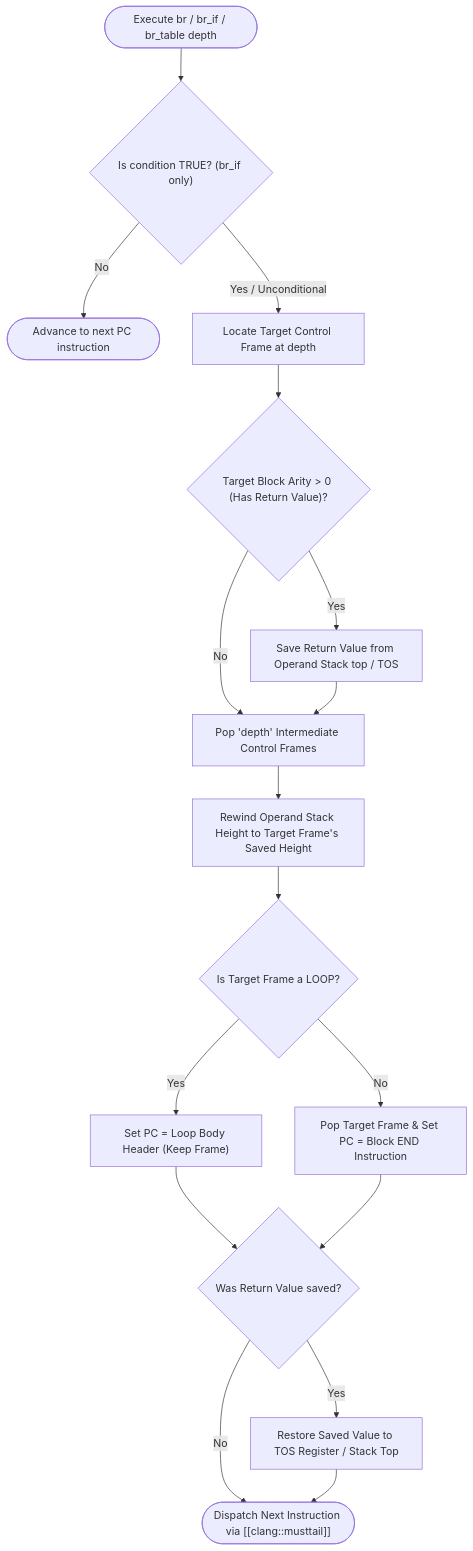
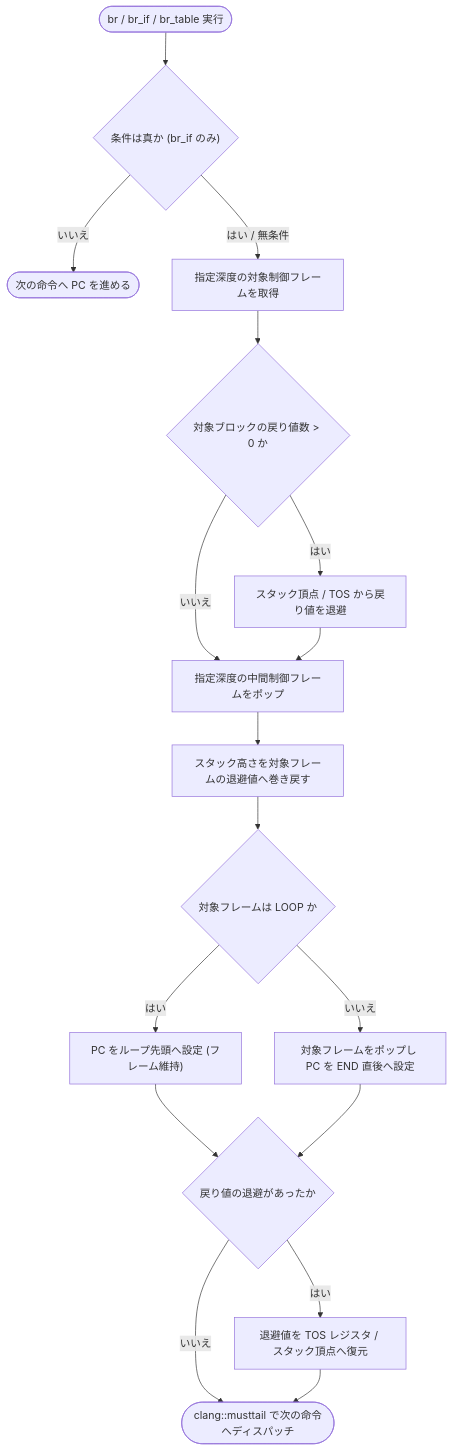
The second of 4 diagrams in docs/components/tier2_runtime/runtime_interpreter.md (kmt-t/fireball), drawn with Mermaid before and after one commit. The commit also changed other lines of this file and 208 other files, not shown here.

Commit message:
Refactor project architecture and simplify implementation

````diff
--- a/docs/components/tier2_runtime/runtime_interpreter.md
+++ b/docs/components/tier2_runtime/runtime_interpreter.md
@@ -162,24 +187,24 @@
 ```mermaid
 flowchart TD
-    Start(["Execute br / br_if / br_table depth"]) --> CheckCond{"Is condition TRUE? (br_if only)"}
-    CheckCond -- "No" --> NextPC(["Advance to next PC instruction"])
-    CheckCond -- "Yes / Unconditional" --> FetchTarget["Locate Target Control Frame at depth"]
+    Start(["br / br_if / br_table 実行"]) --> CheckCond{"条件は真か (br_if のみ)"}
+    CheckCond -- "いいえ" --> NextPC(["次の命令へ PC を進める"])
+    CheckCond -- "はい / 無条件" --> FetchTarget["指定深度の対象制御フレームを取得"]
 
-    FetchTarget --> CheckArity{"Target Block Arity > 0 (Has Return Value)?"}
-    CheckArity -- "Yes" --> SaveVal["Save Return Value from Operand Stack top / TOS"]
-    CheckArity -- "No" --> Prune["Pop 'depth' Intermediate Control Frames"]
+    FetchTarget --> CheckArity{"対象ブロックの戻り値数 > 0 か"}
+    CheckArity -- "はい" --> SaveVal["スタック頂点 / TOS から戻り値を退避"]
+    CheckArity -- "いいえ" --> Prune["指定深度の中間制御フレームをポップ"]
 
     SaveVal --> Prune
-    Prune --> RewindStack["Rewind Operand Stack Height to Target Frame's Saved Height"]
-    RewindStack --> CheckLoop{"Is Target Frame a LOOP?"}
+    Prune --> RewindStack["スタック高さを対象フレームの退避値へ巻き戻す"]
+    RewindStack --> CheckLoop{"対象フレームは LOOP か"}
 
-    CheckLoop -- "Yes" --> LoopBranch["Set PC = Loop Body Header (Keep Frame)"]
-    CheckLoop -- "No" --> BlockBranch["Pop Target Frame & Set PC = Block END Instruction"]
+    CheckLoop -- "はい" --> LoopBranch["PC をループ先頭へ設定 (フレーム維持)"]
+    CheckLoop -- "いいえ" --> BlockBranch["対象フレームをポップし PC を END 直後へ設定"]
 
-    LoopBranch --> RestoreVal{"Was Return Value saved?"}
+    LoopBranch --> RestoreVal{"戻り値の退避があったか"}
     BlockBranch --> RestoreVal
 
-    RestoreVal -- "Yes" --> SetTOS["Restore Saved Value to TOS Register / Stack Top"]
-    RestoreVal -- "No" --> Dispatch
-    SetTOS --> Dispatch(["Dispatch Next Instruction via [[clang::musttail]]"])
+    RestoreVal -- "はい" --> SetTOS["退避値を TOS レジスタ / スタック頂点へ復元"]
+    RestoreVal -- "いいえ" --> Dispatch
+    SetTOS --> Dispatch(["clang::musttail で次の命令へディスパッチ"])
 ```
````
